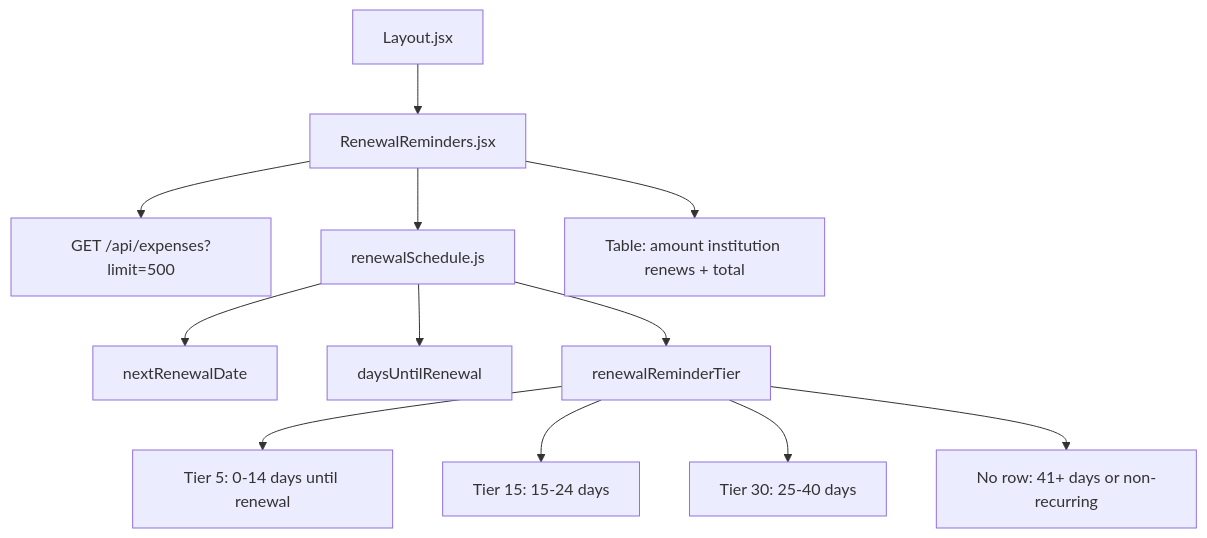
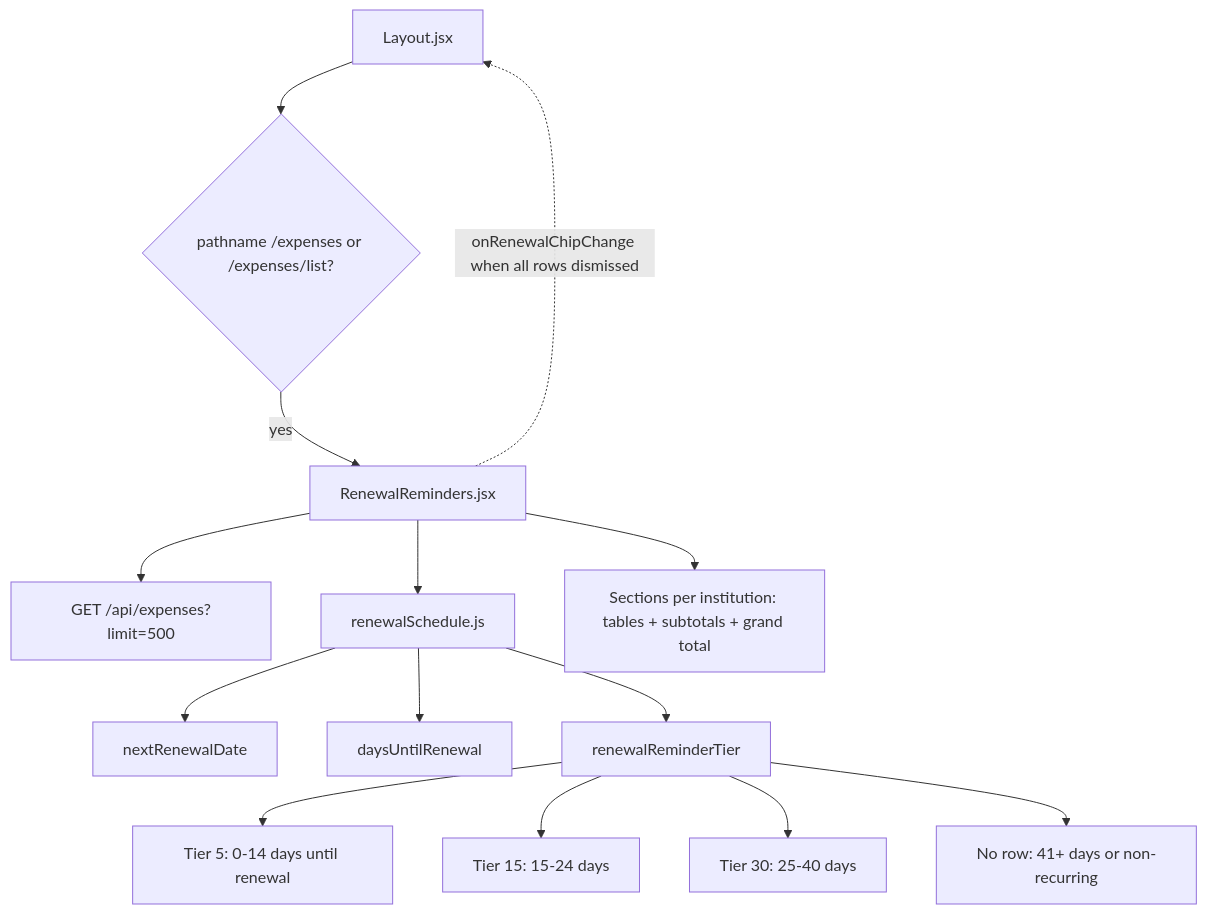
Before and after one commit to becomeonewiththecode/expense_tracker: the eighth of 11 diagrams in docs/ARCHITECTURE_DIAGRAM.md, drawn with Mermaid. The commit also changed other lines of this file and 16 other files, not shown here.

````diff
--- a/docs/ARCHITECTURE_DIAGRAM.md
+++ b/docs/ARCHITECTURE_DIAGRAM.md
@@ -256,18 +256,21 @@
 ```mermaid
 flowchart TD
   L[Layout.jsx]
+  R{pathname /expenses or /expenses/list?}
   RR[RenewalReminders.jsx]
   API["GET /api/expenses?limit=500"]
   RS[renewalSchedule.js]
-  L --> RR
+  L --> R
+  R -->|yes| RR
   RR --> API
   RR --> RS
   RS --> N[nextRenewalDate]
   RS --> D[daysUntilRenewal]
   RS --> T[renewalReminderTier]
   T --> B1["Tier 5: 0-14 days until renewal"]
   T --> B2["Tier 15: 15-24 days"]
   T --> B3["Tier 30: 25-40 days"]
   T --> X[No row: 41+ days or non-recurring]
-  RR --> TAB[Table: amount institution renews + total]
+  RR --> TAB["Sections per institution: tables + subtotals + grand total"]
+  RR -.->|"onRenewalChipChange when all rows dismissed"| L
 ```
````
